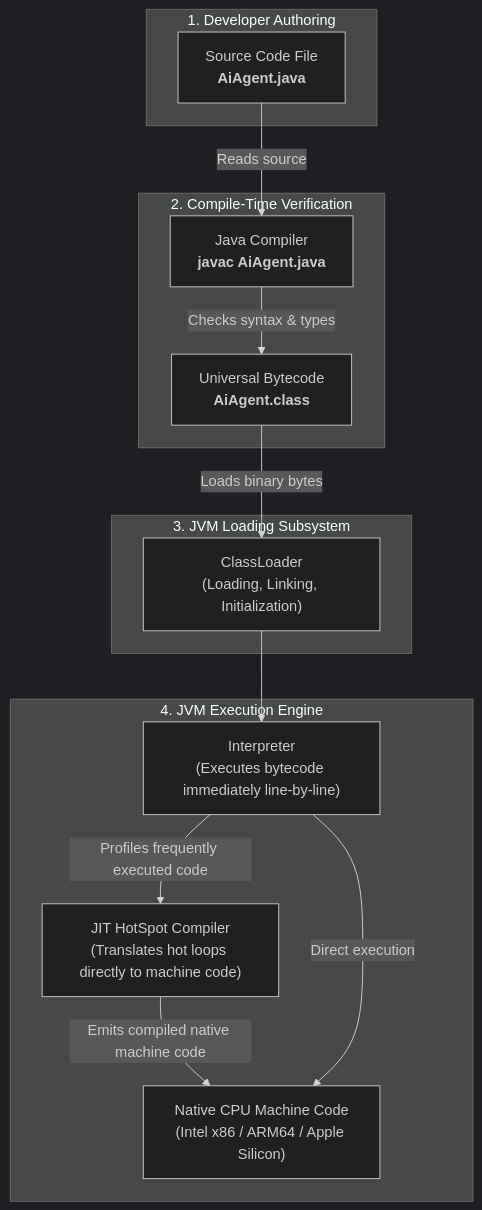
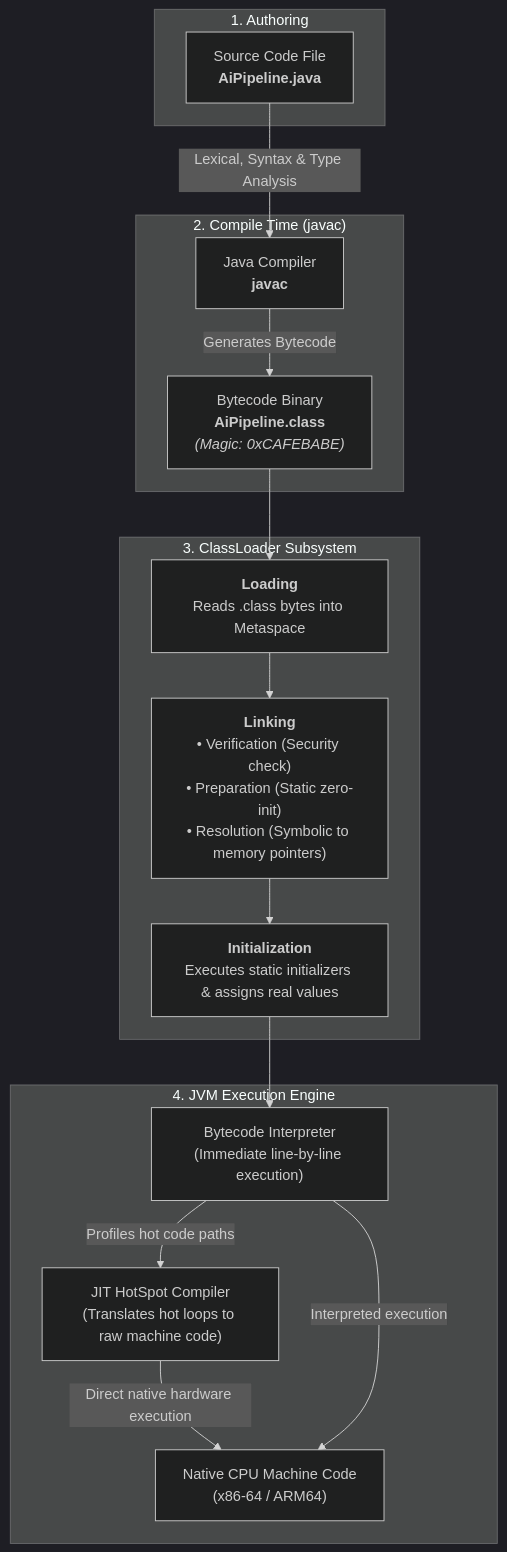
One commit to SrinuRenangi/Gen-AI-Java changed the first of 2 diagrams in Phase_01_Java_Foundations/Day_01_Java_Ecosystem_and_Setup/Day_01_Java_Ecosystem_and_Setup.md. Above: the diagram before and after it, drawn with Mermaid (dark theme). The commit also changed other lines of this file and 1 other file, not shown here.

Commit message:
docs(day01): update Day 01 reference notes and runnable memory tracker code

````diff
--- a/Phase_01_Java_Foundations/Day_01_Java_Ecosystem_and_Setup/Day_01_Java_Ecosystem_and_Setup.md
+++ b/Phase_01_Java_Foundations/Day_01_Java_Ecosystem_and_Setup/Day_01_Java_Ecosystem_and_Setup.md
@@ -130,29 +126,32 @@
 ```mermaid
 flowchart TD
-    subgraph Step1 ["1. Developer Authoring"]
-        A["Source Code File<br><b>AiAgent.java</b>"]
+    subgraph Step1 ["1. Authoring"]
+        A["Source Code File<br><b>AiPipeline.java</b>"]
     end
 
-    subgraph Step2 ["2. Compile-Time Verification"]
-        B["Java Compiler<br><b>javac AiAgent.java</b>"]
-        C["Universal Bytecode<br><b>AiAgent.class</b>"]
-        A -->|Reads source| B
-        B -->|Checks syntax & types| C
+    subgraph Step2 ["2. Compile Time (javac)"]
+        B["Java Compiler<br><b>javac</b>"]
+        C["Bytecode Binary<br><b>AiPipeline.class</b><br><i>(Magic: 0xCAFEBABE)</i>"]
+        A -->|Lexical, Syntax & Type Analysis| B
+        B -->|Generates Bytecode| C
     end
 
-    subgraph Step3 ["3. JVM Loading Subsystem"]
-        D["ClassLoader<br>(Loading, Linking, Initialization)"]
-        C -->|Loads binary bytes| D
+    subgraph Step3 ["3. ClassLoader Subsystem"]
+        D["<b>Loading</b><br>Reads .class bytes into Metaspace"]
+        E["<b>Linking</b><br>• Verification (Security check)<br>• Preparation (Static zero-init)<br>• Resolution (Symbolic to memory pointers)"]
+        F["<b>Initialization</b><br>Executes static initializers & assigns real values"]
+        C --> D
+        D --> E
+        E --> F
     end
 
     subgraph Step4 ["4. JVM Execution Engine"]
-        E["Interpreter<br>(Executes bytecode immediately line-by-line)"]
-        F["JIT HotSpot Compiler<br>(Translates hot loops directly to machine code)"]
-        G["Native CPU Machine Code<br>(Intel x86 / ARM64 / Apple Silicon)"]
-        
-        D --> E
-        E -->|Profiles frequently executed code| F
-        F -->|Emits compiled native machine code| G
-        E -->|Direct execution| G
+        G["Bytecode Interpreter<br>(Immediate line-by-line execution)"]
+        H["JIT HotSpot Compiler<br>(Translates hot loops to raw machine code)"]
+        I["Native CPU Machine Code<br>(x86-64 / ARM64)"]
+        F --> G
+        G -->|Profiles hot code paths| H
+        H -->|Direct native hardware execution| I
+        G -->|Interpreted execution| I
     end
 ```
````
